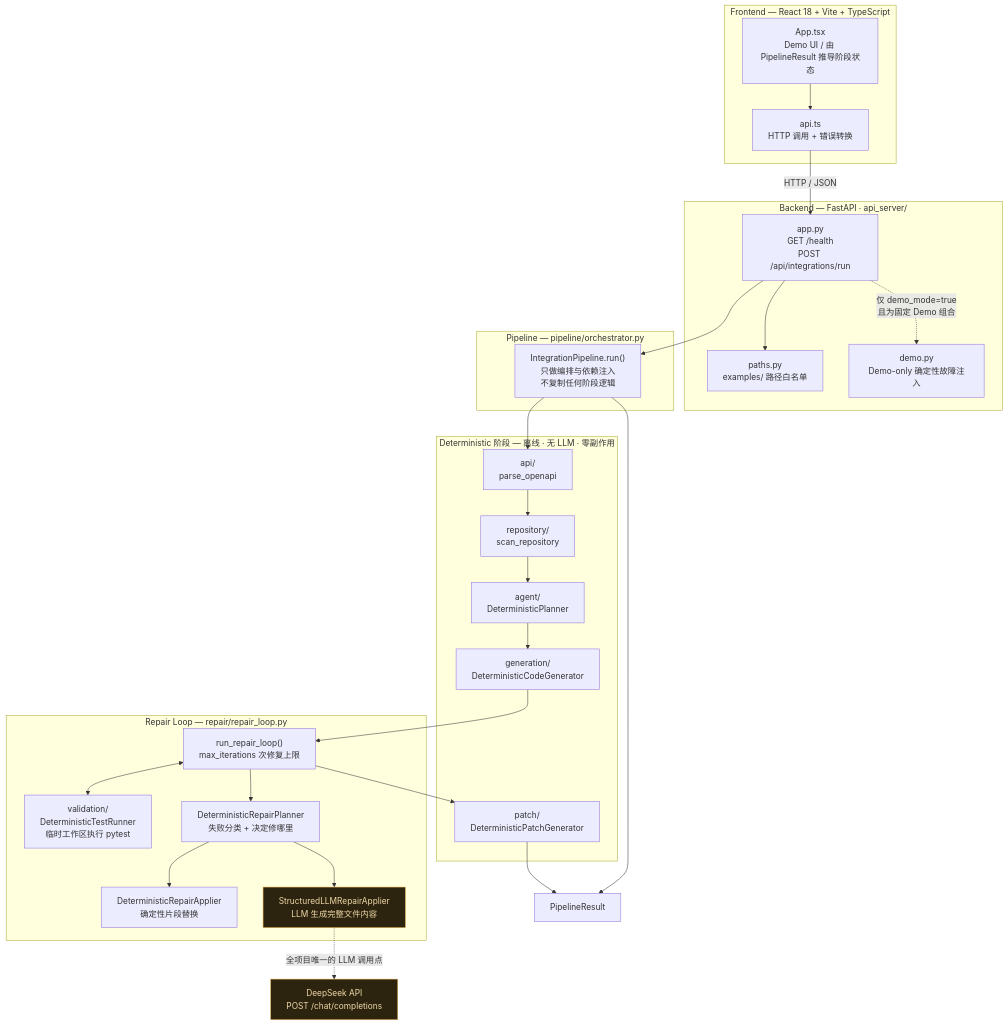
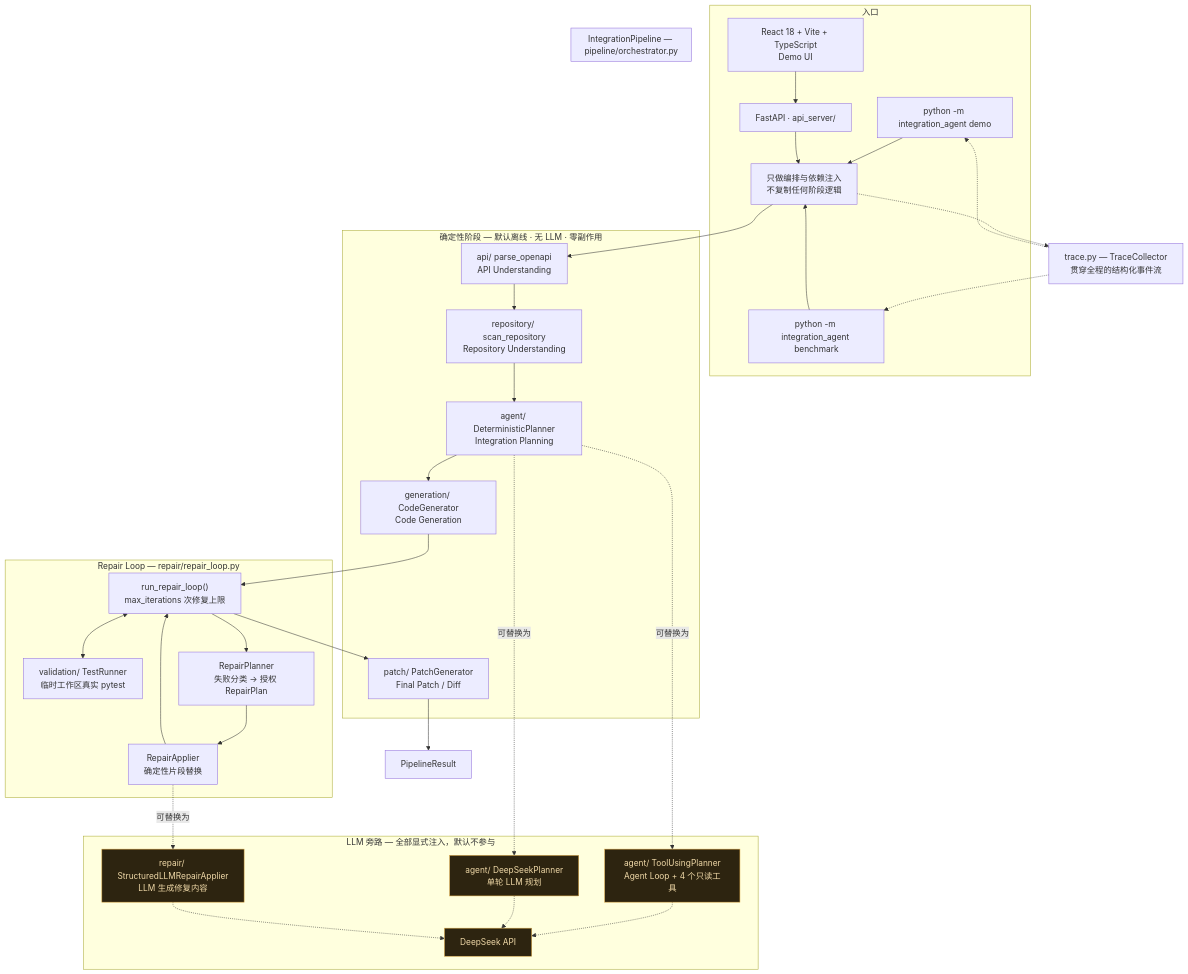
Before and after one commit to Palpitate33/api-integration-agent: the diagram in README.md, drawn with Mermaid. The commit also changed other lines of this file and 10 other files, not shown here.

Commit message:
feat: add benchmark and product demo

````diff
--- a/README.md
+++ b/README.md
@@ -52,54 +59,57 @@
 ```mermaid
 flowchart TD
-    subgraph FE["Frontend — React 18 + Vite + TypeScript"]
-        UI["App.tsx<br/>Demo UI / 由 PipelineResult 推导阶段状态"]
-        HC["api.ts<br/>HTTP 调用 + 错误转换"]
-        UI --> HC
+    subgraph ENTRY["入口"]
+        CLID["python -m integration_agent demo"]
+        CLIB["python -m integration_agent benchmark"]
+        FE["React 18 + Vite + TypeScript<br/>Demo UI"]
+        API["FastAPI · api_server/"]
+        CLID --> ORCH
+        CLIB --> ORCH
+        FE --> API --> ORCH
     end
 
-    subgraph BE["Backend — FastAPI · api_server/"]
-        APP["app.py<br/>GET /health<br/>POST /api/integrations/run"]
-        WH["paths.py<br/>examples/ 路径白名单"]
-        DM["demo.py<br/>Demo-only 确定性故障注入"]
-        APP --> WH
-        APP -.->|"仅 demo_mode=true<br/>且为固定 Demo 组合"| DM
+    subgraph CORE["IntegrationPipeline — pipeline/orchestrator.py"]
+        ORCH["只做编排与依赖注入<br/>不复制任何阶段逻辑"]
     end
 
-    subgraph CORE["Pipeline — pipeline/orchestrator.py"]
-        ORCH["IntegrationPipeline.run()<br/>只做编排与依赖注入<br/>不复制任何阶段逻辑"]
-    end
-
-    subgraph STAGES["Deterministic 阶段 — 离线 · 无 LLM · 零副作用"]
-        A1["api/<br/>parse_openapi"]
-        A2["repository/<br/>scan_repository"]
-        A3["agent/<br/>DeterministicPlanner"]
-        A4["generation/<br/>DeterministicCodeGenerator"]
-        A7["patch/<br/>DeterministicPatchGenerator"]
+    subgraph STAGES["确定性阶段 — 默认离线 · 无 LLM · 零副作用"]
+        A1["api/ parse_openapi<br/>API Understanding"]
+        A2["repository/ scan_repository<br/>Repository Understanding"]
+        A3["agent/ DeterministicPlanner<br/>Integration Planning"]
+        A4["generation/ CodeGenerator<br/>Code Generation"]
+        A6["patch/ PatchGenerator<br/>Final Patch / Diff"]
     end
 
     subgraph LOOP["Repair Loop — repair/repair_loop.py"]
         RL["run_repair_loop()<br/>max_iterations 次修复上限"]
-        TR["validation/<br/>DeterministicTestRunner<br/>临时工作区执行 pytest"]
-        RP["DeterministicRepairPlanner<br/>失败分类 + 决定修哪里"]
-        RA["DeterministicRepairApplier<br/>确定性片段替换"]
-        LA["StructuredLLMRepairApplier<br/>LLM 生成完整文件内容"]
+        TR["validation/ TestRunner<br/>临时工作区真实 pytest"]
+        RP["RepairPlanner<br/>失败分类 → 授权 RepairPlan"]
+        RA["RepairApplier<br/>确定性片段替换"]
+        RL <--> TR
+        RL --> RP --> RA --> RL
     end
 
-    DS["DeepSeek API<br/>POST /chat/completions"]
+    subgraph LLM["LLM 旁路 — 全部显式注入，默认不参与"]
+        DS["DeepSeek API"]
+        AG["agent/ ToolUsingPlanner<br/>Agent Loop + 4 个只读工具"]
+        LP["agent/ DeepSeekPlanner<br/>单轮 LLM 规划"]
+        LA["repair/ StructuredLLMRepairApplier<br/>LLM 生成修复内容"]
+        AG -.-> DS
+        LP -.-> DS
+        LA -.-> DS
+    end
+
     OUT["PipelineResult"]
+    TRACE["trace.py — TraceCollector<br/>贯穿全程的结构化事件流"]
 
-    HC -->|"HTTP / JSON"| APP
-    APP --> ORCH
-    ORCH --> A1 --> A2 --> A3 --> A4 --> RL
-    RL <--> TR
-    RL --> RP
-    RP --> RA
-    RP --> LA
-    LA -.->|"全项目唯一的 LLM 调用点"| DS
-    RL --> A7
-    ORCH --> OUT
-    A7 --> OUT
+    ORCH --> A1 --> A2 --> A3 --> A4 --> RL --> A6 --> OUT
+    A3 -.->|"可替换为"| LP
+    A3 -.->|"可替换为"| AG
+    RA -.->|"可替换为"| LA
+    ORCH -.-> TRACE
+    TRACE -.-> CLID
+    TRACE -.-> CLIB
 
     classDef llm fill:#2d2410,stroke:#d9a441,color:#f0d9a8
-    class LA,DS llm
+    class AG,LP,LA,DS llm
 ```
````
